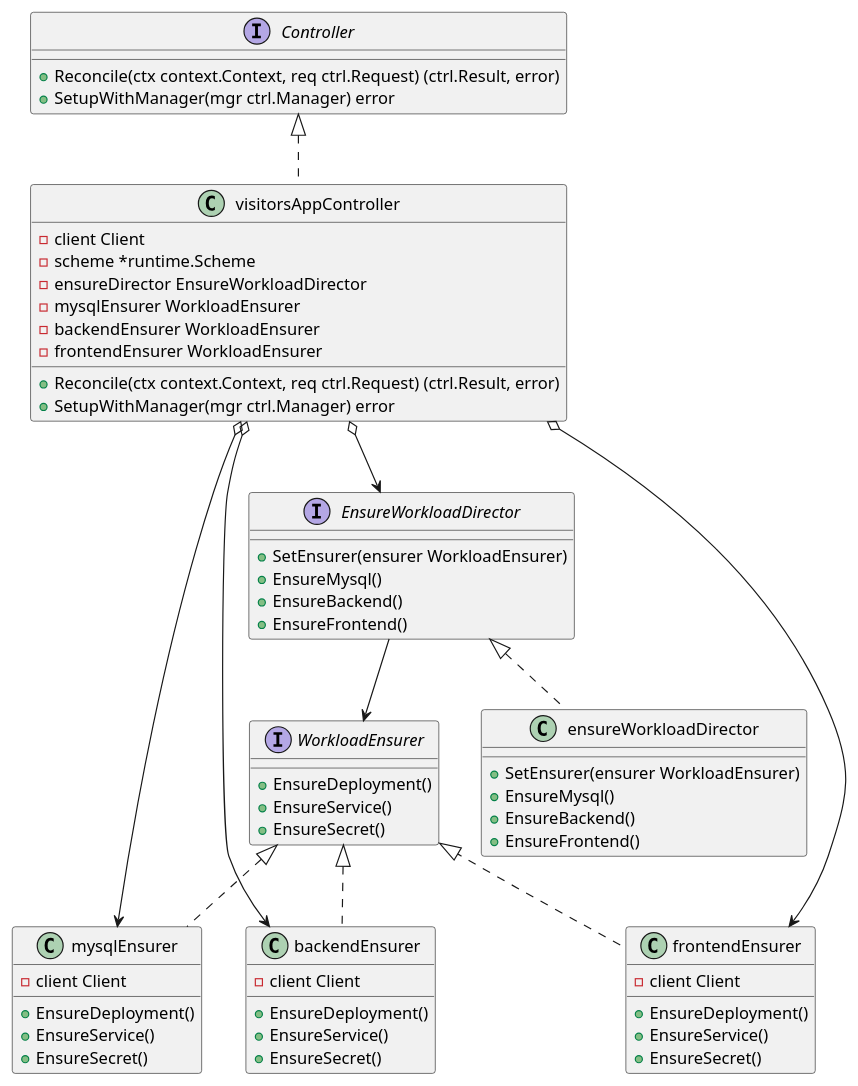
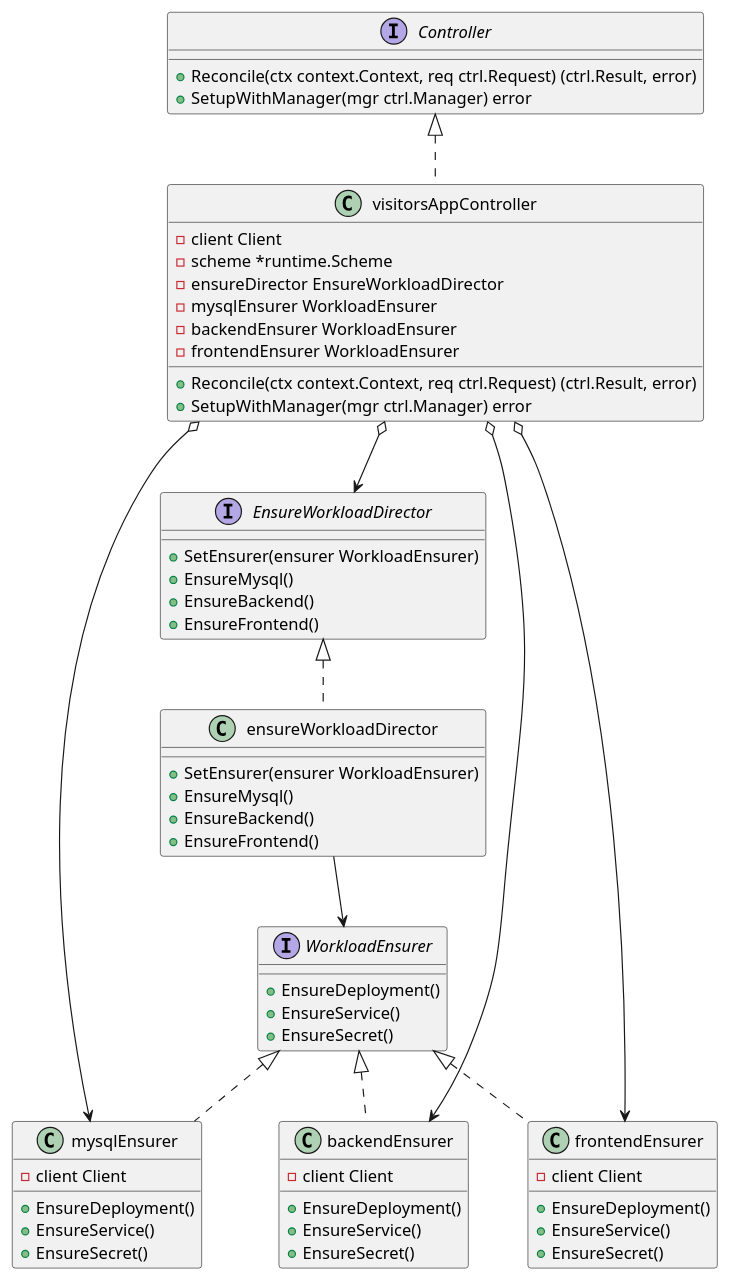
The diagram in doc/visitorsapp_operator_class.puml (capitanFlint129/visitorsapp-operator), drawn with PlantUML before and after one commit. The commit also changed 1 other file, not shown here.

Commit message:
fix class diagram

```diff
--- a/doc/visitorsapp_operator_class.puml
+++ b/doc/visitorsapp_operator_class.puml
@@ -1,75 +1,75 @@
 @startuml
 'https://plantuml.com/class-diagram
 
 interface Controller {
     +Reconcile(ctx context.Context, req ctrl.Request) (ctrl.Result, error)
     +SetupWithManager(mgr ctrl.Manager) error
 }
 
 class visitorsAppController {
     -client Client
 	-scheme *runtime.Scheme
 	-ensureDirector EnsureWorkloadDirector
     -mysqlEnsurer WorkloadEnsurer
     -backendEnsurer WorkloadEnsurer
     -frontendEnsurer WorkloadEnsurer
     +Reconcile(ctx context.Context, req ctrl.Request) (ctrl.Result, error)
     +SetupWithManager(mgr ctrl.Manager) error
 }
 
 class visitorsAppController implements Controller
 
 interface WorkloadEnsurer {
     +EnsureDeployment()
     +EnsureService()
     +EnsureSecret()
 }
 
 class mysqlEnsurer {
     -client Client
     +EnsureDeployment()
     +EnsureService()
     +EnsureSecret()
 }
 
 class backendEnsurer {
     -client Client
     +EnsureDeployment()
     +EnsureService()
     +EnsureSecret()
 }
 
 class frontendEnsurer {
     -client Client
     +EnsureDeployment()
     +EnsureService()
     +EnsureSecret()
 }
 
 class mysqlEnsurer implements WorkloadEnsurer
 class backendEnsurer implements WorkloadEnsurer
 class frontendEnsurer implements WorkloadEnsurer
 
 interface EnsureWorkloadDirector {
     +SetEnsurer(ensurer WorkloadEnsurer)
     +EnsureMysql()
     +EnsureBackend()
     +EnsureFrontend()
 }
 
 class ensureWorkloadDirector {
     +SetEnsurer(ensurer WorkloadEnsurer)
     +EnsureMysql()
     +EnsureBackend()
     +EnsureFrontend()
 }
 
 class ensureWorkloadDirector implements EnsureWorkloadDirector
 
-EnsureWorkloadDirector --> WorkloadEnsurer
+ensureWorkloadDirector --> WorkloadEnsurer
 visitorsAppController o--> EnsureWorkloadDirector
 visitorsAppController o--> frontendEnsurer
 visitorsAppController o--> backendEnsurer
 visitorsAppController o--> mysqlEnsurer
 
 @enduml
```
